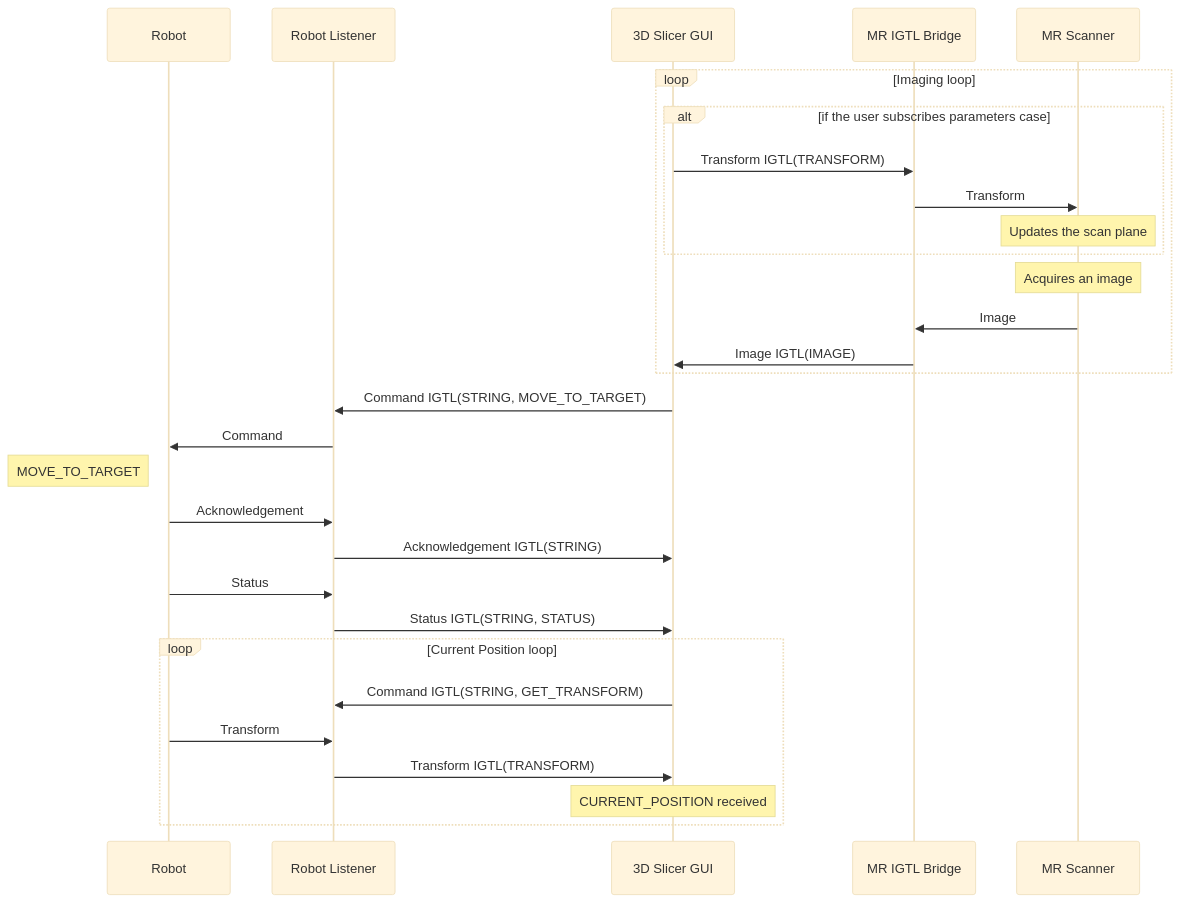
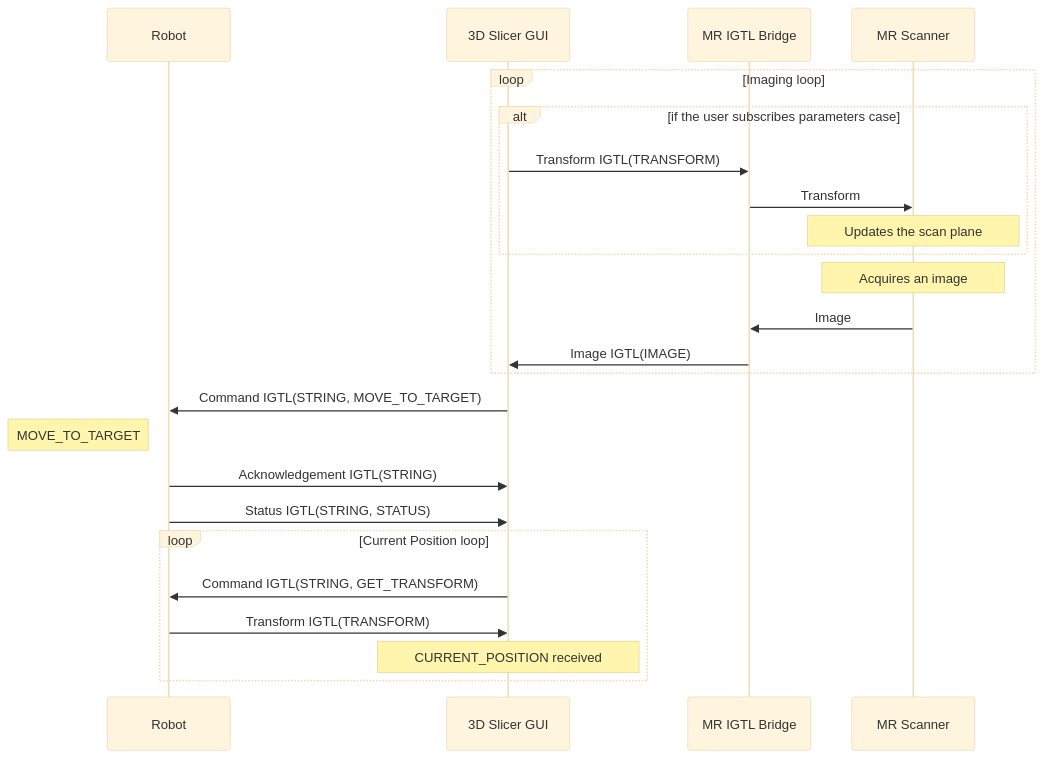
Before and after one commit to ProstateBRP/BRPRobot2021: the sixth of 6 diagrams in README.md, drawn with Mermaid (base theme). The commit also changed other lines of this file, not shown here.

First line of the commit message:
Updated Sequence Diagram

````diff
--- a/README.md
+++ b/README.md
@@ -284,37 +235,32 @@
 ```mermaid
 sequenceDiagram
 
 participant R as Robot
-participant RL as Robot Listener
 participant SGUI as 3D Slicer GUI
 participant MRIGTL  as MR IGTL Bridge
 participant MRS as MR Scanner
 
 loop Imaging loop
 alt if the user subscribes parameters case
 SGUI->>MRIGTL:Transform IGTL(TRANSFORM)
 MRIGTL->>MRS:Transform
-note over MRS:Updates the scan plane
+note over MRS:⠀⠀⠀Updates the scan plane⠀⠀⠀
 end
-note over MRS:Acquires an image
+note over MRS:⠀⠀⠀Acquires an image⠀⠀⠀
 MRS->>MRIGTL:Image
 MRIGTL->>SGUI:Image IGTL(IMAGE)
 end
 
-SGUI->>RL:Command IGTL(STRING, MOVE_TO_TARGET)
-RL->>R:Command
+SGUI->>R:Command IGTL(STRING, MOVE_TO_TARGET)
 
 note left of R:MOVE_TO_TARGET
-R->>RL:Acknowledgement
-RL->>SGUI:Acknowledgement IGTL(STRING)
+R->>SGUI:Acknowledgement IGTL(STRING)
 
-R->>RL:Status
-RL->>SGUI:Status IGTL(STRING, STATUS)
+R->>SGUI:Status IGTL(STRING, STATUS)
 
 loop Current Position loop
-SGUI->>RL:Command IGTL(STRING, GET_TRANSFORM)
-R->>RL:Transform
-RL->>SGUI:Transform IGTL(TRANSFORM)
-note over SGUI:CURRENT_POSITION received
+SGUI->>R:Command IGTL(STRING, GET_TRANSFORM)
+R->>SGUI:Transform IGTL(TRANSFORM)
+note over SGUI:⠀⠀⠀CURRENT_POSITION received⠀⠀⠀
 end
 ```
````
